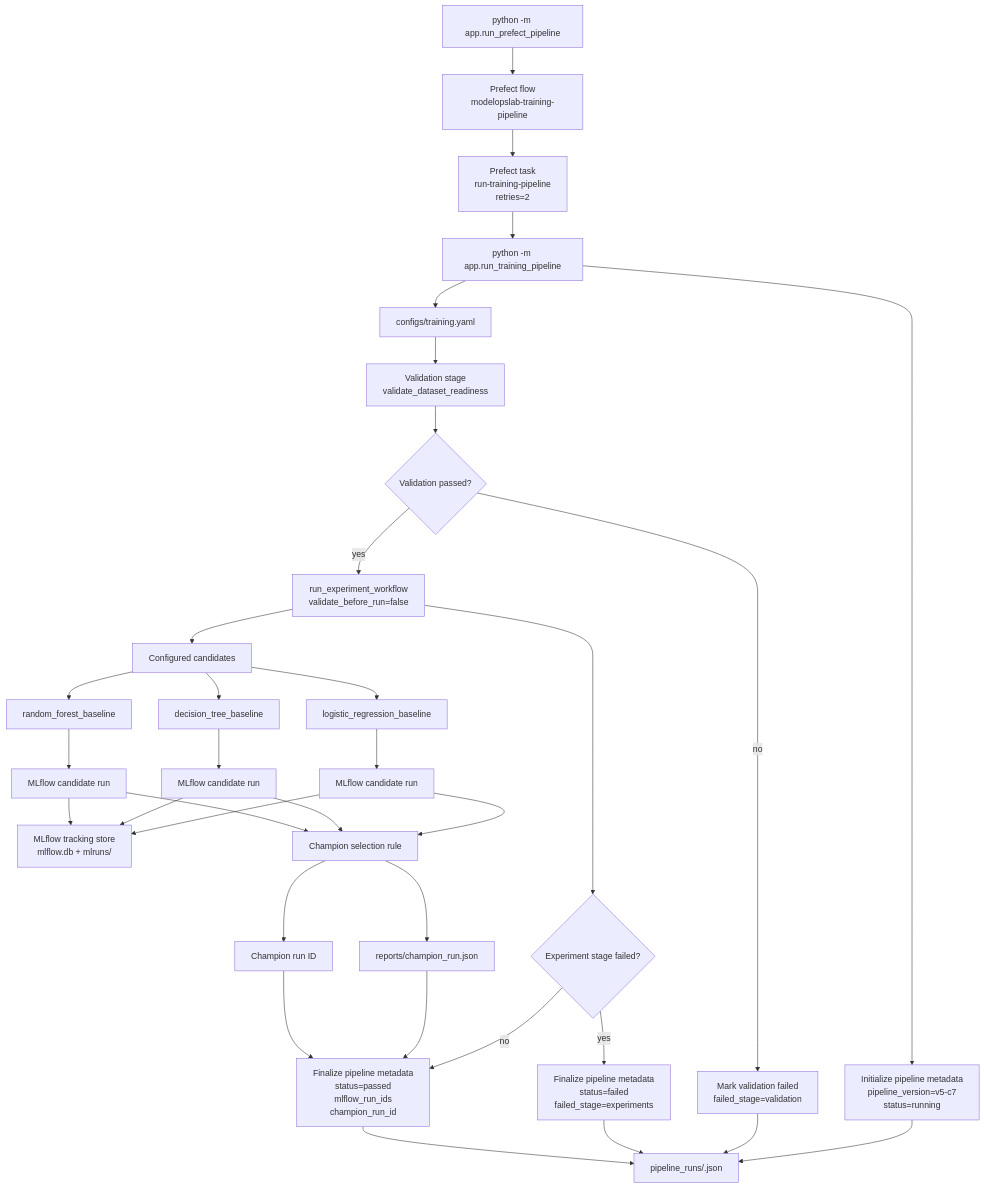
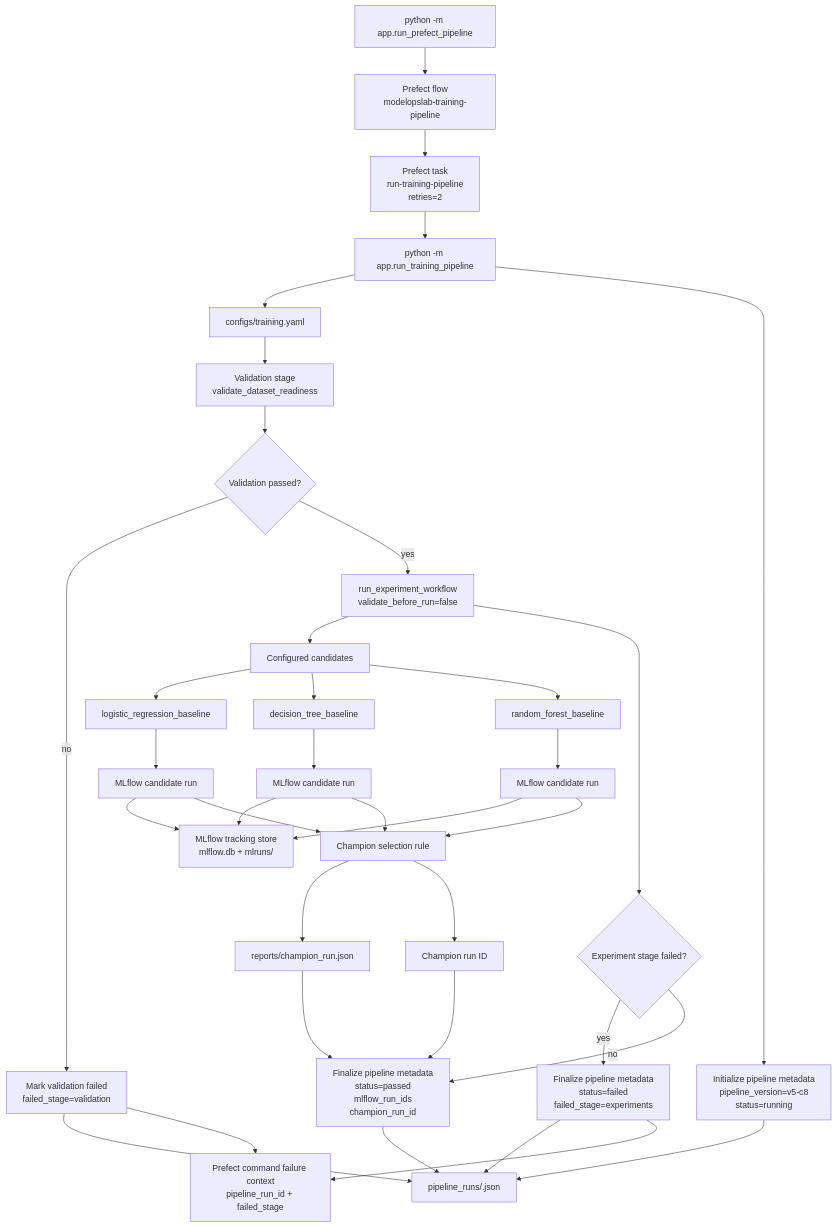
Before and after one commit to git4alauddin/model-ops-lab: the diagram in docs/diagrams/v5_training_pipeline_flow.md, drawn with Mermaid. The commit also changed other lines of this file and 14 other files, not shown here.

Commit message:
v5-c8: expose Prefect failure context

````diff
--- a/docs/diagrams/v5_training_pipeline_flow.md
+++ b/docs/diagrams/v5_training_pipeline_flow.md
@@ -7,74 +7,77 @@
 ```mermaid
 flowchart TD
     prefect_cmd["python -m app.run_prefect_pipeline"]
     prefect_flow["Prefect flow<br/>modelopslab-training-pipeline"]
     prefect_task["Prefect task<br/>run-training-pipeline<br/>retries=2"]
     pipeline_cmd["python -m app.run_training_pipeline"]
     config["configs/training.yaml"]
-    metadata_start["Initialize pipeline metadata<br/>pipeline_version=v5-c7<br/>status=running"]
+    metadata_start["Initialize pipeline metadata<br/>pipeline_version=v5-c8<br/>status=running"]
     validation["Validation stage<br/>validate_dataset_readiness"]
     validation_gate{"Validation passed?"}
     validation_failed["Mark validation failed<br/>failed_stage=validation"]
 
     experiment_workflow["run_experiment_workflow<br/>validate_before_run=false"]
     candidates["Configured candidates"]
     logreg["logistic_regression_baseline"]
     tree["decision_tree_baseline"]
     forest["random_forest_baseline"]
 
     run_a["MLflow candidate run"]
     run_b["MLflow candidate run"]
     run_c["MLflow candidate run"]
     mlflow["MLflow tracking store<br/>mlflow.db + mlruns/"]
 
     selection["Champion selection rule"]
     champion_report["reports/champion_run.json"]
     champion["Champion run ID"]
     metadata_passed["Finalize pipeline metadata<br/>status=passed<br/>mlflow_run_ids<br/>champion_run_id"]
     metadata_failed["Finalize pipeline metadata<br/>status=failed<br/>failed_stage=experiments"]
+    failure_context["Prefect command failure context<br/>pipeline_run_id + failed_stage"]
     pipeline_output["pipeline_runs/<pipeline_run_id>.json"]
 
     experiment_failed{"Experiment stage failed?"}
 
     prefect_cmd --> prefect_flow
     prefect_flow --> prefect_task
     prefect_task --> pipeline_cmd
 
     pipeline_cmd --> config
     pipeline_cmd --> metadata_start
     metadata_start --> pipeline_output
     config --> validation
     validation --> validation_gate
 
     validation_gate -- no --> validation_failed
     validation_failed --> pipeline_output
 
     validation_gate -- yes --> experiment_workflow
     experiment_workflow --> candidates
     candidates --> logreg
     candidates --> tree
     candidates --> forest
 
     logreg --> run_a
     tree --> run_b
     forest --> run_c
 
     run_a --> mlflow
     run_b --> mlflow
     run_c --> mlflow
 
     run_a --> selection
     run_b --> selection
     run_c --> selection
     selection --> champion_report
     selection --> champion
 
     experiment_workflow --> experiment_failed
     experiment_failed -- yes --> metadata_failed
     metadata_failed --> pipeline_output
+    metadata_failed --> failure_context
+    validation_failed --> failure_context
 
     experiment_failed -- no --> metadata_passed
     champion_report --> metadata_passed
     champion --> metadata_passed
     metadata_passed --> pipeline_output
 ```
````
